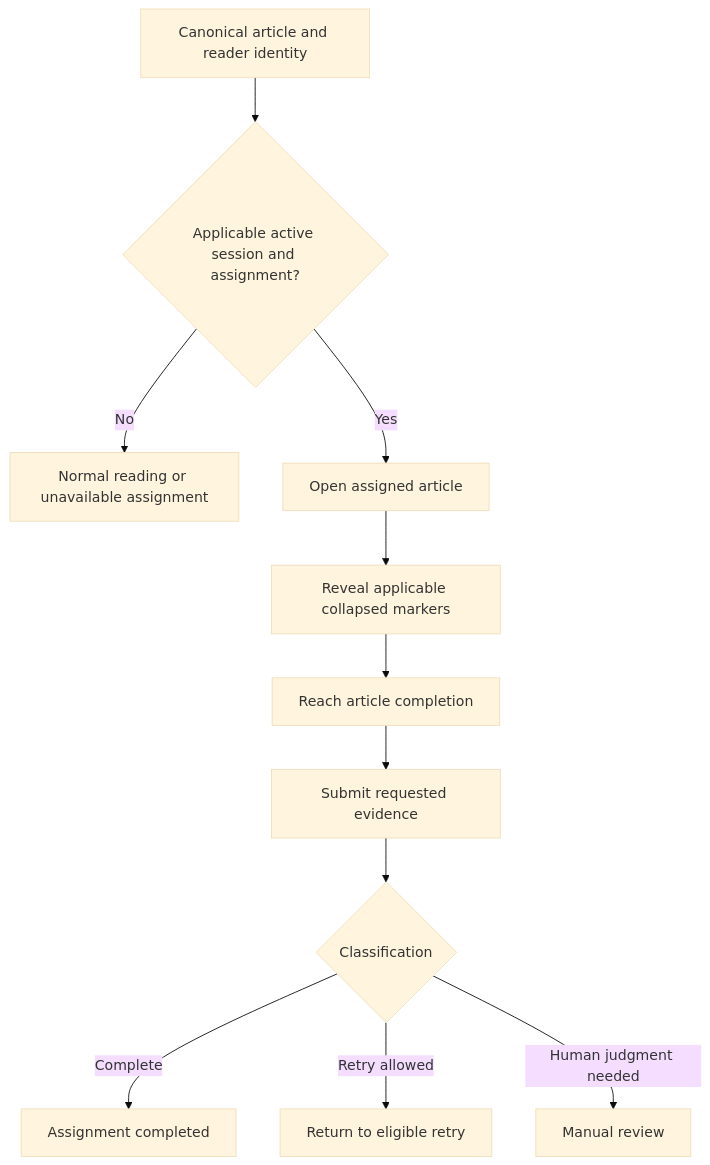
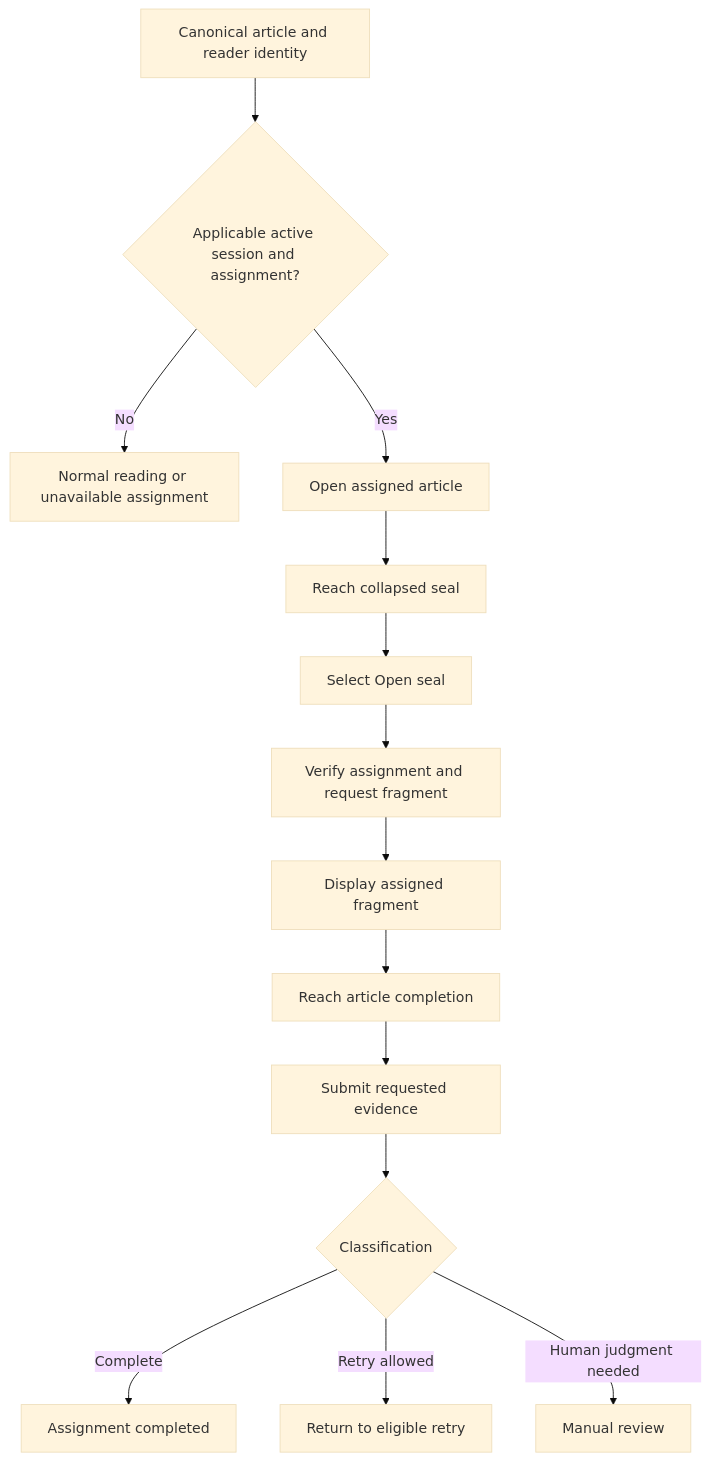
Before and after one commit to cristianrusu777/Kingshot-Events-Tracker-DOCS: the second of 2 diagrams in docs/kingshot-events/knowledge-hub/reading-verification.md, drawn with Mermaid (base theme). The commit also changed other lines of this file and 72 other files, not shown here.

````diff
--- a/docs/kingshot-events/knowledge-hub/reading-verification.md
+++ b/docs/kingshot-events/knowledge-hub/reading-verification.md
@@ -60,13 +64,16 @@
 ```mermaid
 flowchart TD
   A["Canonical article and reader identity"] --> S{"Applicable active session and assignment?"}
   S -- "No" --> N["Normal reading or unavailable assignment"]
   S -- "Yes" --> R["Open assigned article"]
-  R --> M["Reveal applicable collapsed markers"]
-  M --> E["Reach article completion"]
+  R --> M["Reach collapsed seal"]
+  M --> O["Select Open seal"]
+  O --> V["Verify assignment and request fragment"]
+  V --> F["Display assigned fragment"]
+  F --> E["Reach article completion"]
   E --> U["Submit requested evidence"]
   U --> C{"Classification"}
   C -- "Complete" --> D["Assignment completed"]
   C -- "Retry allowed" --> T["Return to eligible retry"]
   C -- "Human judgment needed" --> H["Manual review"]
 ```
````
